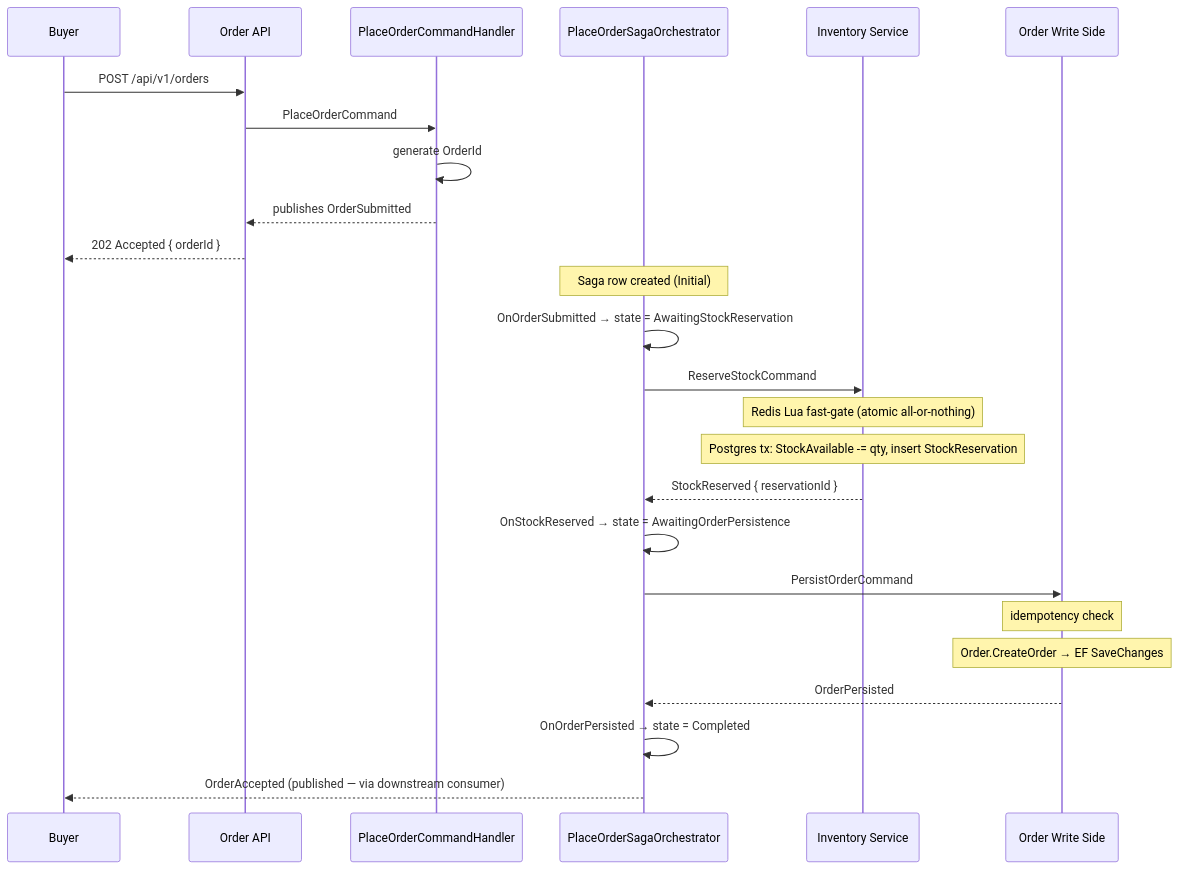
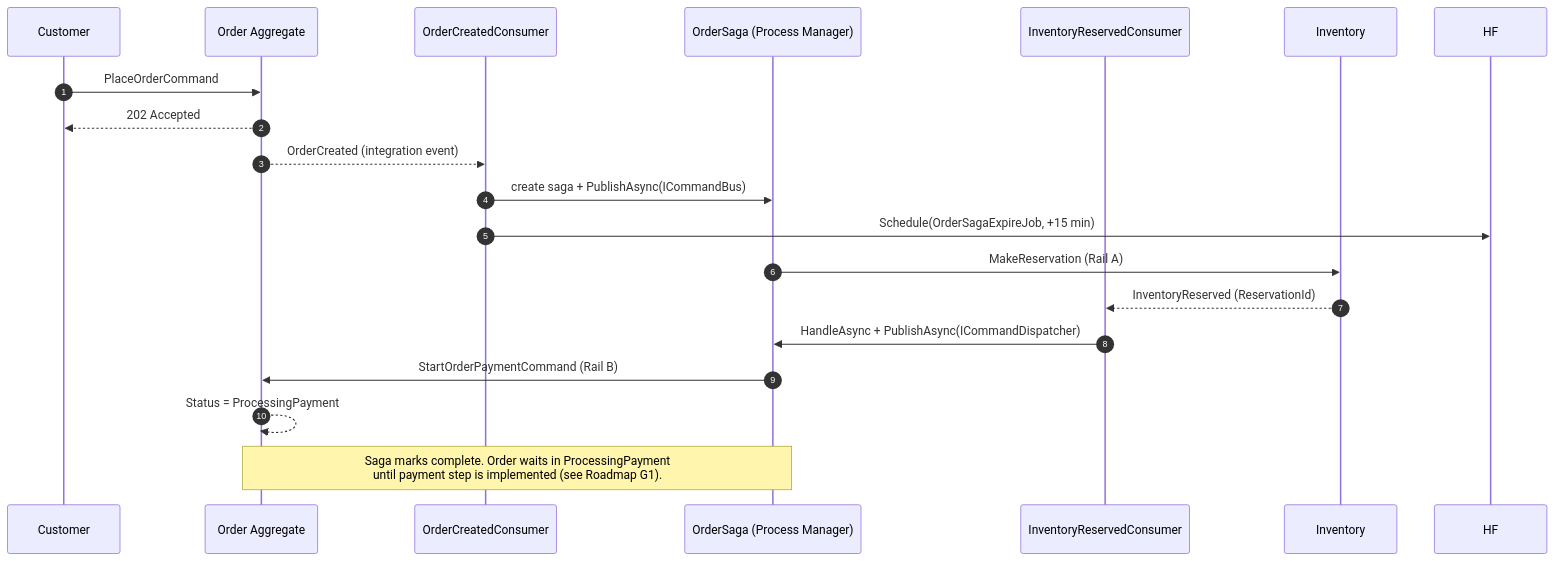
The ninth of 12 diagrams in Order/src/EShop.Order.API/README.md (mnnam1302/EShop), drawn with Mermaid before and after one commit. The commit also changed other lines of this file and 145 other files, not shown here.

Commit message:
[TEHCNICAL][ESHOP-2006] Improve stock deduction for Order Saga Process Manager (#70)

````diff
--- a/Order/src/EShop.Order.API/README.md
+++ b/Order/src/EShop.Order.API/README.md
@@ -277,33 +293,23 @@
 ```mermaid
 sequenceDiagram
-    participant Buyer
-    participant OrderAPI as Order API
-    participant Handler as PlaceOrderCommandHandler
-    participant PM as PlaceOrderSagaOrchestrator
-    participant InvSvc as Inventory Service
-    participant OrdWrite as Order Write Side
+    autonumber
+    participant C   as Customer
+    participant OA  as Order Aggregate
+    participant OC  as OrderCreatedConsumer
+    participant PM  as OrderSaga (Process Manager)
+    participant IRC as InventoryReservedConsumer
+    participant INV as Inventory
 
-    Buyer->>OrderAPI: POST /api/v1/orders
-    OrderAPI->>Handler: PlaceOrderCommand
-    Handler->>Handler: generate OrderId
-    Handler-->>OrderAPI: publishes OrderSubmitted
-    OrderAPI-->>Buyer: 202 Accepted { orderId }
+    C->>OA: PlaceOrderCommand
+    OA-->>C: 202 Accepted
+    OA-->>OC: OrderCreated (integration event)
+    OC->>PM: create saga + PublishAsync(ICommandBus)
+    OC->>HF: Schedule(OrderSagaExpireJob, +15 min)
+    PM->>INV: MakeReservation (Rail A)
 
-    Note over PM: Saga row created (Initial)
-    PM->>PM: OnOrderSubmitted → state = AwaitingStockReservation
-    PM->>InvSvc: ReserveStockCommand
-
-    Note over InvSvc: Redis Lua fast-gate (atomic all-or-nothing)
-    Note over InvSvc: Postgres tx: StockAvailable -= qty, insert StockReservation
-    InvSvc-->>PM: StockReserved { reservationId }
-
-    PM->>PM: OnStockReserved → state = AwaitingOrderPersistence
-    PM->>OrdWrite: PersistOrderCommand
-
-    Note over OrdWrite: idempotency check
-    Note over OrdWrite: Order.CreateOrder → EF SaveChanges
-    OrdWrite-->>PM: OrderPersisted
-
-    PM->>PM: OnOrderPersisted → state = Completed
-    PM-->>Buyer: OrderAccepted (published — via downstream consumer)
+    INV-->>IRC: InventoryReserved (ReservationId)
+    IRC->>PM: HandleAsync + PublishAsync(ICommandDispatcher)
+    PM->>OA: StartOrderPaymentCommand (Rail B)
+    OA-->>OA: Status = ProcessingPayment
+    Note over PM,OA: Saga marks complete. Order waits in ProcessingPayment<br/>until payment step is implemented (see Roadmap G1).
 ```
````
